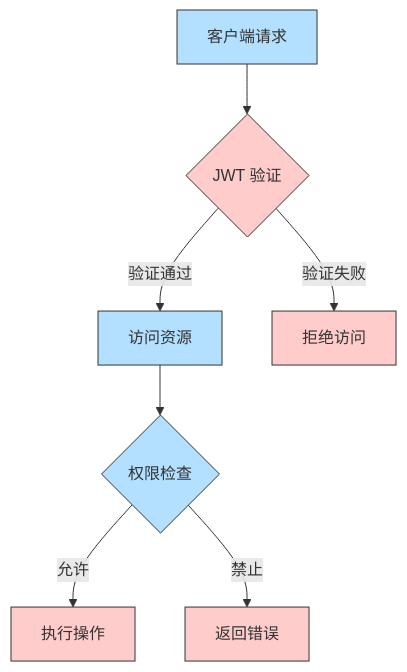
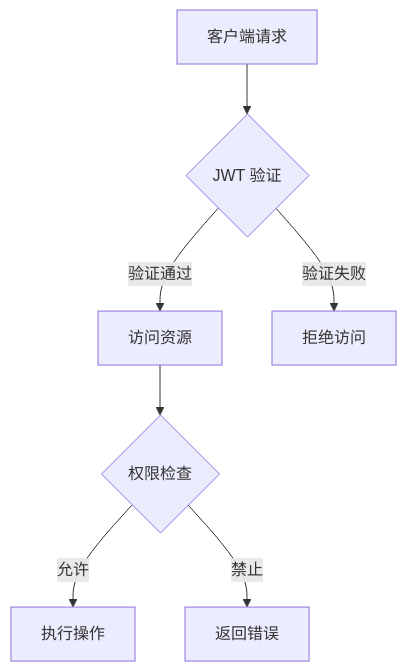
Before and after one commit to vag-Zhao/Device-NET-Tracker: the second of 2 diagrams in README.md, drawn with Mermaid. The commit also changed other lines of this file, not shown here.

````diff
--- a/README.md
+++ b/README.md
@@ -202,17 +90,9 @@
 ```mermaid
 flowchart TD
     A[客户端请求] --> B{JWT 验证}
     B -->|验证通过| C[访问资源]
     B -->|验证失败| D[拒绝访问]
     C --> E{权限检查}
     E -->|允许| F[执行操作]
     E -->|禁止| G[返回错误]
-    
-    style A fill:#b3e0ff,stroke:#333
-    style B fill:#ffcccc,stroke:#333
-    style C fill:#b3e0ff,stroke:#333
-    style D fill:#ffcccc,stroke:#333
-    style E fill:#b3e0ff,stroke:#333
-    style F fill:#ffcccc,stroke:#333
-    style G fill:#ffcccc,stroke:#333
 ```
````
